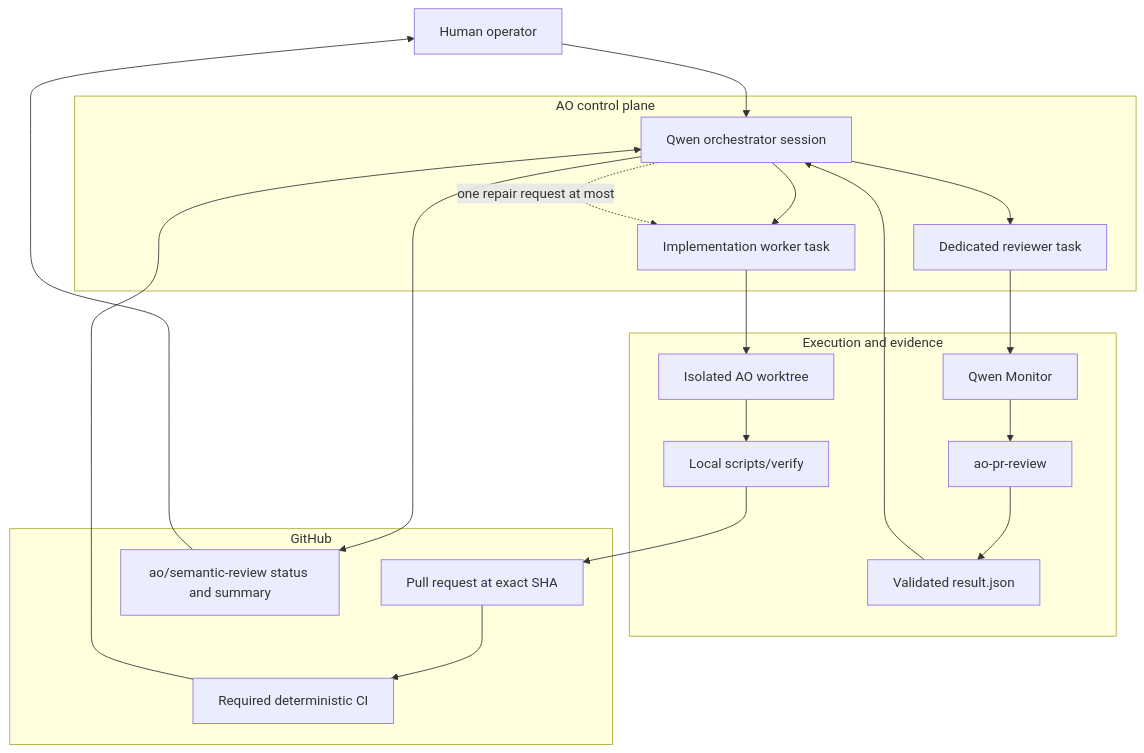
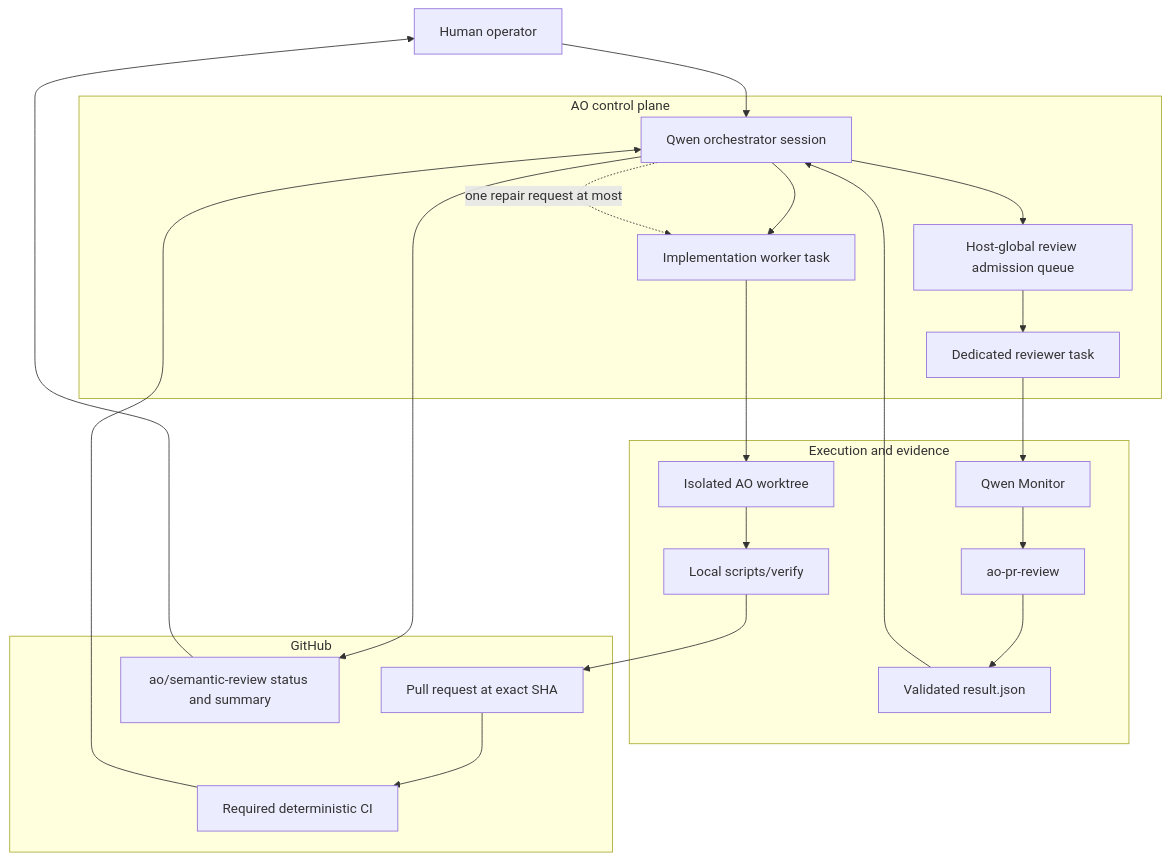
One commit to ensingerphilipp/AO-QwenCode-Harness changed the first of 3 diagrams in README.md. Above: the diagram before and after it, drawn with Mermaid. The commit also changed other lines of this file and 13 other files, not shown here.

Commit message:
Serialize semantic review admission

````diff
--- a/README.md
+++ b/README.md
@@ -26,32 +26,33 @@
 ```mermaid
 flowchart TB
     H[Human operator]
 
     subgraph AO[AO control plane]
         O[Qwen orchestrator session]
         W[Implementation worker task]
+        Q[Host-global review admission queue]
         R[Dedicated reviewer task]
     end
 
     subgraph EXEC[Execution and evidence]
         WT[Isolated AO worktree]
         V[Local scripts/verify]
         M[Qwen Monitor]
         S[ao-pr-review]
         J[Validated result.json]
     end
 
     subgraph GH[GitHub]
         PR[Pull request at exact SHA]
         CI[Required deterministic CI]
         P[ao/semantic-review status and summary]
     end
 
     H --> O
     O --> W
     W --> WT --> V --> PR --> CI
     CI --> O
-    O --> R --> M --> S --> J --> O
+    O --> Q --> R --> M --> S --> J --> O
     O --> P --> H
     O -. one repair request at most .-> W
 ```
````
